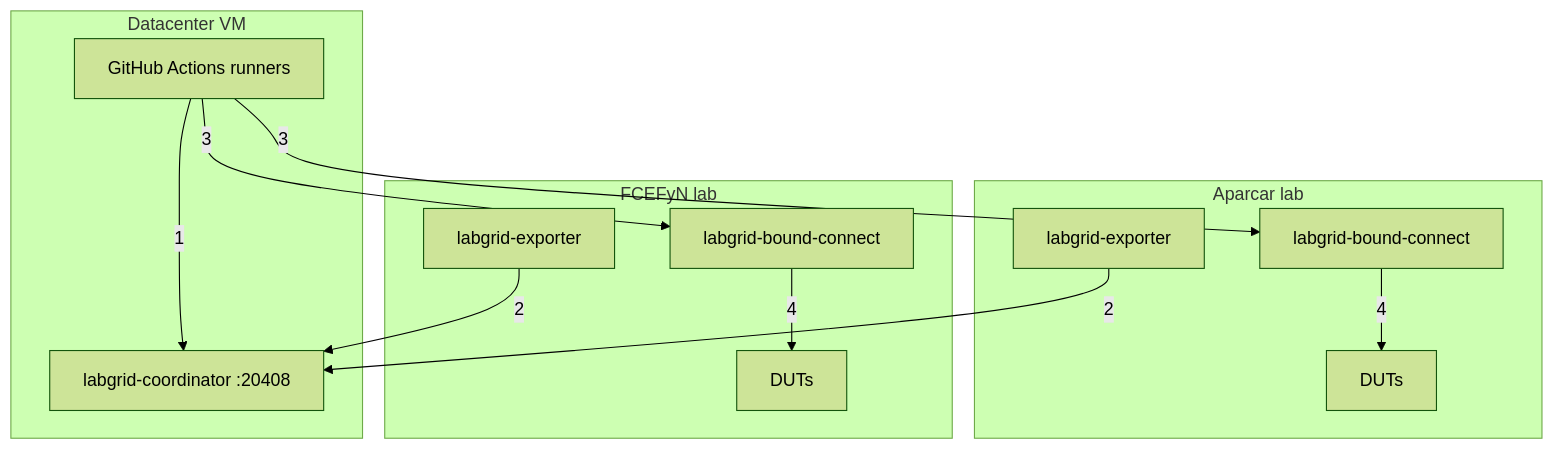
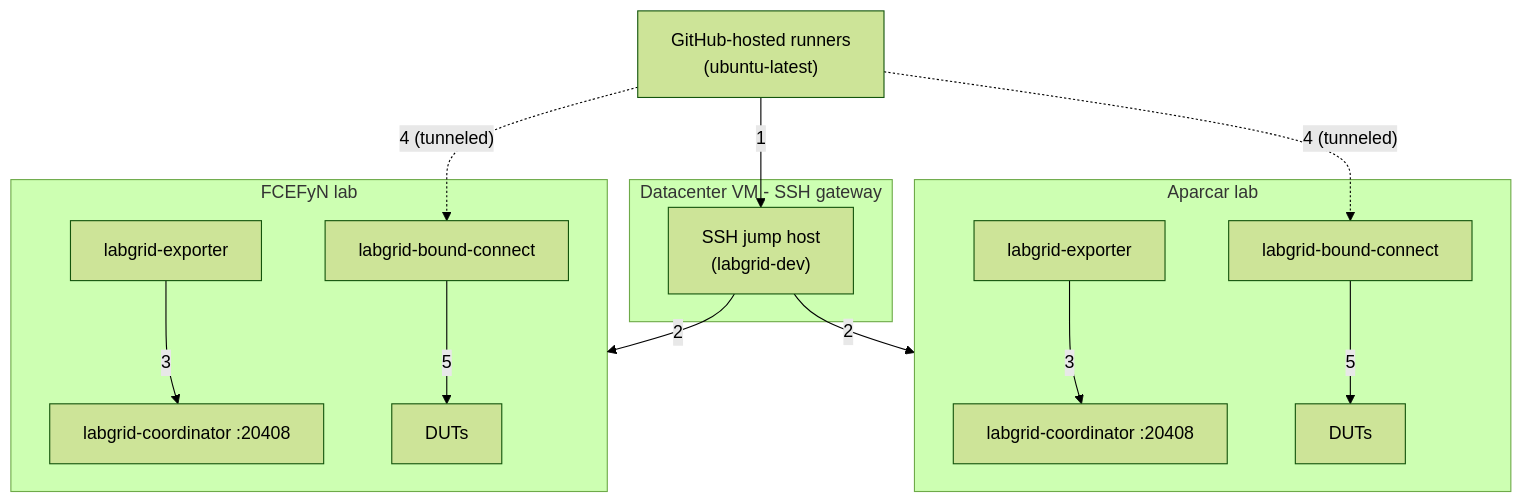
One commit to ccasanueva7/fcefyn_testbed_utils changed the first of 2 diagrams in docs/diseno/openwrt-tests-onboarding.md. Above: the diagram before and after it, drawn with Mermaid (forest theme). The commit also changed other lines of this file and 9 other files, not shown here.

````diff
--- a/docs/diseno/openwrt-tests-onboarding.md
+++ b/docs/diseno/openwrt-tests-onboarding.md
@@ -14,27 +14,32 @@
 ```mermaid
 flowchart TD
-    subgraph datacenter ["Datacenter VM"]
-        GC["labgrid-coordinator :20408"]
-        RUNNERS["GitHub Actions runners"]
+    subgraph datacenter ["Datacenter VM - SSH gateway"]
+        SSH_GW["SSH jump host\n(labgrid-dev)"]
     end
 
     subgraph lab_aparcar ["Aparcar lab"]
+        COORD_A["labgrid-coordinator :20408"]
         EXP_A["labgrid-exporter"]
         BC_A["labgrid-bound-connect"]
         DUT_A["DUTs"]
     end
 
     subgraph lab_fcefyn ["FCEFyN lab"]
+        COORD_F["labgrid-coordinator :20408"]
         EXP_F["labgrid-exporter"]
         BC_F["labgrid-bound-connect"]
         DUT_F["DUTs"]
     end
 
-    RUNNERS -- "1" --> GC
-    EXP_A -- "2" --> GC
-    EXP_F -- "2" --> GC
-    RUNNERS -- "3" --> BC_A
-    RUNNERS -- "3" --> BC_F
-    BC_A -- "4" --> DUT_A
-    BC_F -- "4" --> DUT_F
+    GH["GitHub-hosted runners\n(ubuntu-latest)"]
+
+    GH -- "1" --> SSH_GW
+    SSH_GW -- "2" --> lab_aparcar
+    SSH_GW -- "2" --> lab_fcefyn
+    EXP_A -- "3" --> COORD_A
+    EXP_F -- "3" --> COORD_F
+    GH -. "4 (tunneled)" .-> BC_A
+    GH -. "4 (tunneled)" .-> BC_F
+    BC_A -- "5" --> DUT_A
+    BC_F -- "5" --> DUT_F
 ```
````
